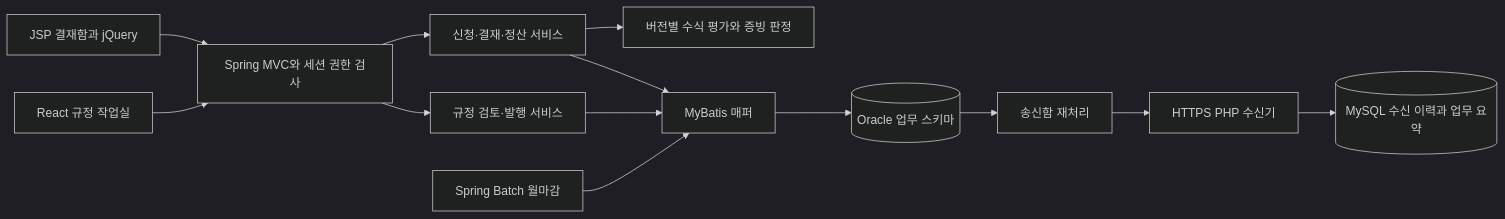
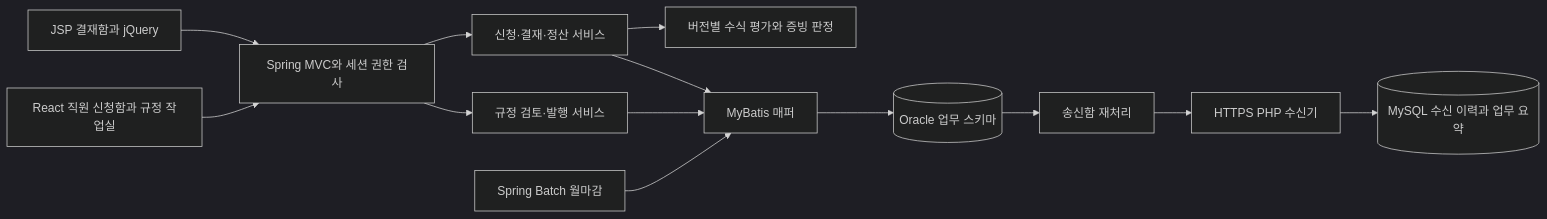
One commit to kimdol/department-budget changed the first of 2 diagrams in docs/ARCHITECTURE.md. Above: the diagram before and after it, drawn with Mermaid (dark theme). The commit also changed other lines of this file and 3 other files, not shown here.

````diff
--- a/docs/ARCHITECTURE.md
+++ b/docs/ARCHITECTURE.md
@@ -3,15 +30,15 @@
 ```mermaid
 flowchart LR
     J[JSP 결재함과 jQuery] --> C[Spring MVC와 세션 권한 검사]
-    R[React 규정 작업실] --> C
+    R[React 직원 신청함과 규정 작업실] --> C
     C --> S[신청·결재·정산 서비스]
     C --> P[규정 검토·발행 서비스]
     S --> F[버전별 수식 평가와 증빙 판정]
     S --> M[MyBatis 매퍼]
     P --> M
     M --> O[(Oracle 업무 스키마)]
     B[Spring Batch 월마감] --> M
     O --> Q[송신함 재처리]
     Q --> H[HTTPS PHP 수신기]
     H --> D[(MySQL 수신 이력과 업무 요약)]
 ```
````
